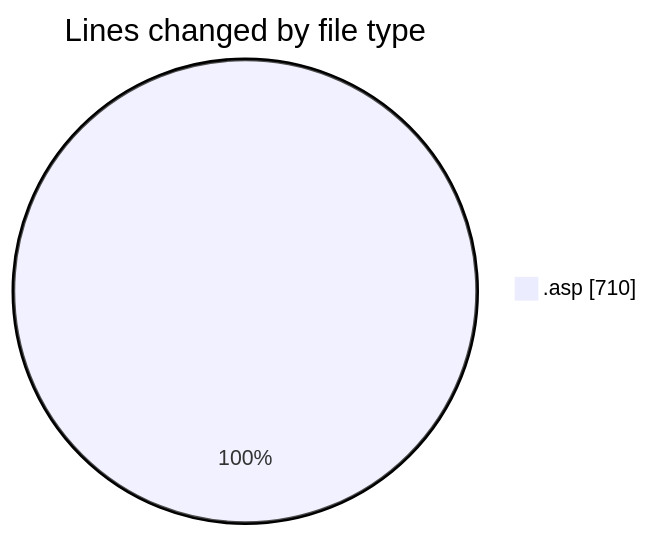
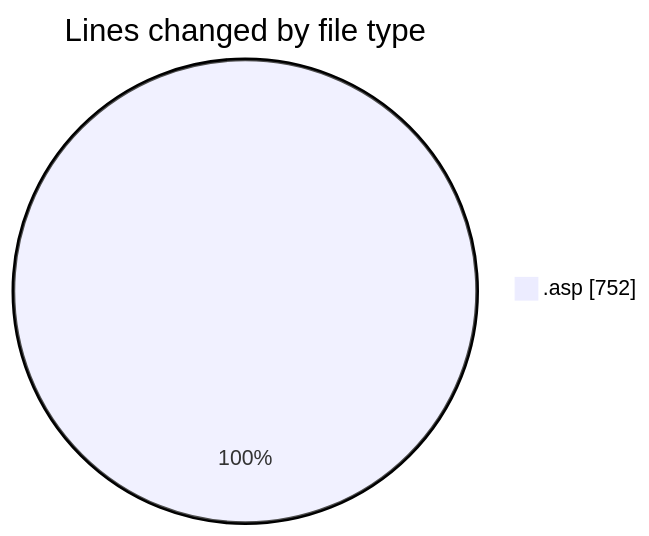
The first of 2 diagrams in 2025-10-28/usr_aleoudev_fr__workspace_/README.md (julien-gomy/code-tracking), drawn with Mermaid before and after one commit. The commit also changed other lines of this file and 1 other file, not shown here.

````diff
--- a/2025-10-28/usr_aleoudev_fr__workspace_/README.md
+++ b/2025-10-28/usr_aleoudev_fr__workspace_/README.md
@@ -22,5 +22,5 @@
 ```mermaid
 pie showData
 title Lines changed by file type
-".asp" : 710
+".asp" : 752
 ```
````
